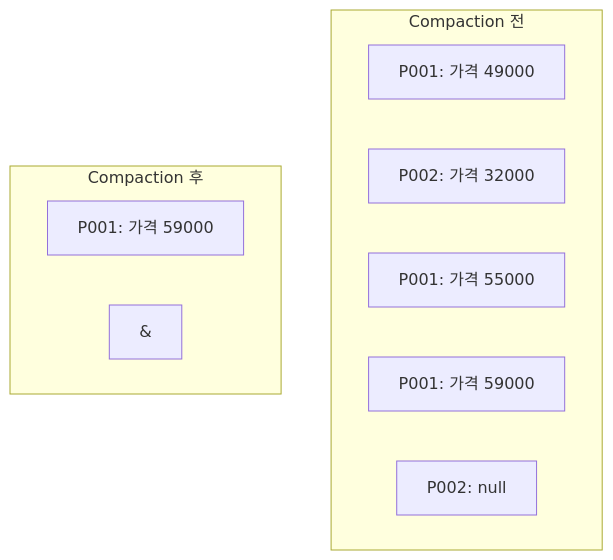
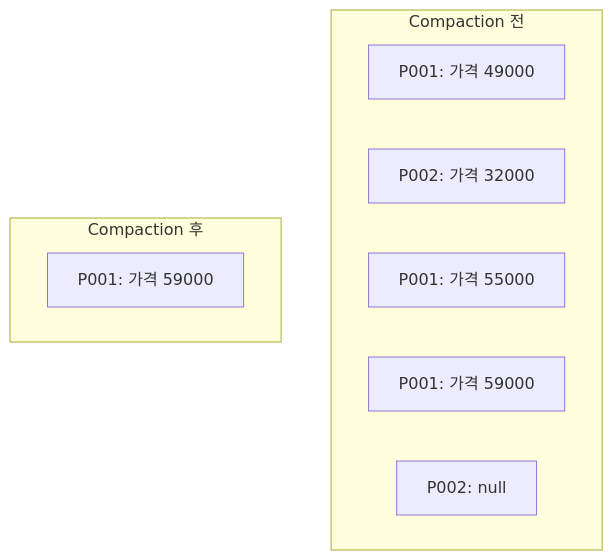
The seventh of 9 diagrams in blog/event-driven-microservices/ch02.md (Dr-KoKo/engineering-site), drawn with Mermaid before and after one commit. The commit also changed other lines of this file, not shown here.

First line of the commit message:
Revise ch02 for argument flow, examples, and review fixes

````diff
--- a/blog/event-driven-microservices/ch02.md
+++ b/blog/event-driven-microservices/ch02.md
@@ -285,16 +308,15 @@
 ```mermaid
 flowchart TB
     subgraph "Compaction 전"
         direction LR
         A1["P001: 가격 49000"]
         A2["P002: 가격 32000"]
         A3["P001: 가격 55000"]
         A4["P001: 가격 59000"]
         A5["P002: null"]
     end
     subgraph "Compaction 후"
         direction LR
         B1["P001: 가격 59000"]
-        B2["&#8205;"]
     end
 ```
````
